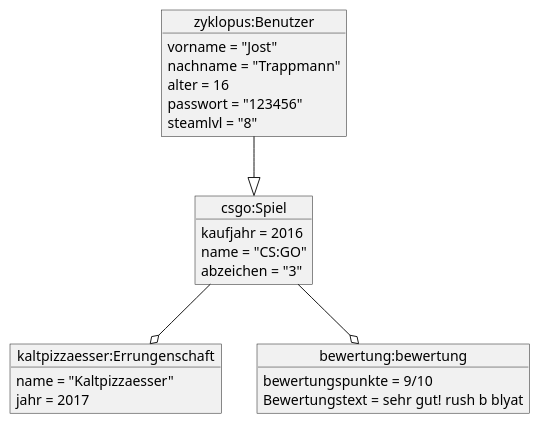
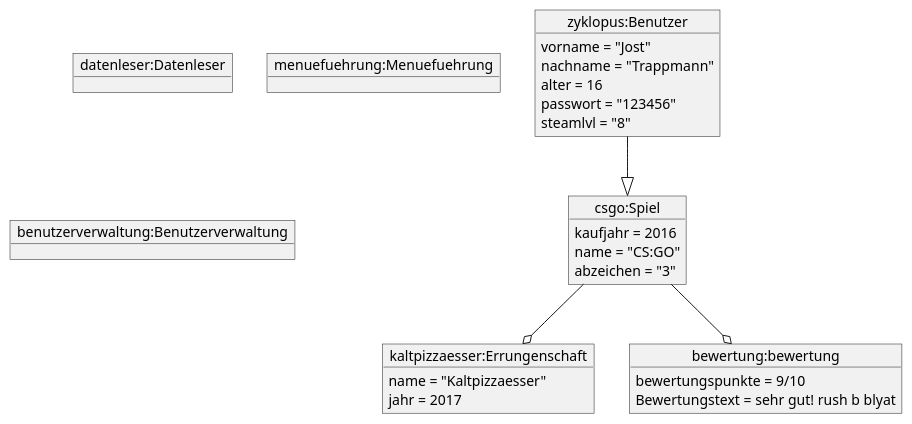
One commit to HEBK-BGM/Verwaltungssoftware_Team_3_TestGIt changed the diagram in Docs/Pflichtenheft/Diagramme/Objektdiagramme.iuml. Above: the diagram before and after it, drawn with PlantUML. The commit also changed 3 other files, not shown here.

Commit message:
1 2 schreibfehler behoben und diagramm angepasst

```diff
--- a/Docs/Pflichtenheft/Diagramme/Objektdiagramme.iuml
+++ b/Docs/Pflichtenheft/Diagramme/Objektdiagramme.iuml
@@ -1,30 +1,43 @@
 @startuml Objektdiagramm
 
 object "zyklopus:Benutzer" as zyklopus {
 vorname = "Jost"
 nachname = "Trappmann"
 alter = 16
 passwort = "123456"
 steamlvl = "8"
 }
 
 
 object "csgo:Spiel" as csgo {
 kaufjahr = 2016
 name = "CS:GO"
 abzeichen = "3"
 }
 
 object "kaltpizzaesser:Errungenschaft" as kaltpizzaesser {
 name = "Kaltpizzaesser"
 jahr = 2017
 }
 
 object "bewertung:bewertung" as bewertung{
 bewertungspunkte = 9/10
 Bewertungstext = sehr gut! rush b blyat
 }
+
+object "datenleser:Datenleser" as datenleser{
+
+}
+
+object "menuefuehrung:Menuefuehrung" as menuefruehrung{
+
+}
+
+object "benutzerverwaltung:Benutzerverwaltung" as benutzerverwaltung{
+    
+}
+
 csgo --o kaltpizzaesser 
 zyklopus--|> csgo
 csgo --o bewertung
 @enduml
```
